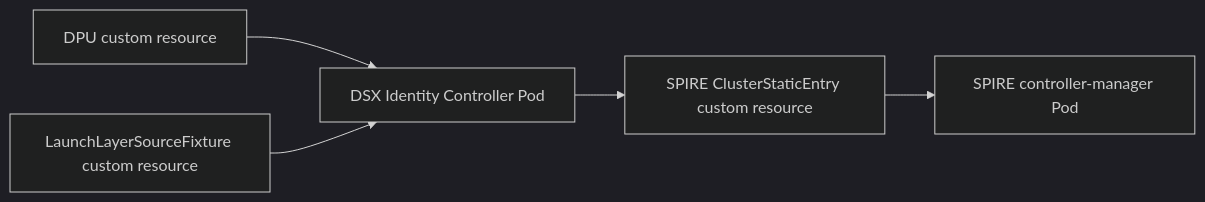
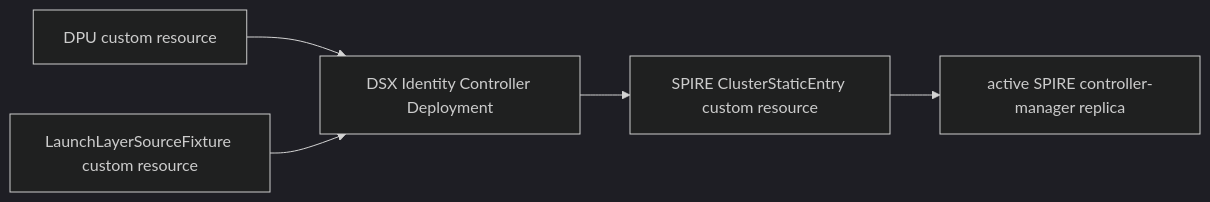
Before and after one commit to dsx-ai-factory/nvidia-workload-identity: the diagram in cmd/dsx-identity-controller/README.md, drawn with Mermaid (dark theme). The commit also changed other lines of this file and 93 other files, not shown here.

````diff
--- a/cmd/dsx-identity-controller/README.md
+++ b/cmd/dsx-identity-controller/README.md
@@ -9,7 +16,7 @@
 ```mermaid
 flowchart LR
-    DPU["DPU custom resource"] --> Controller["DSX Identity Controller Pod"]
+    DPU["DPU custom resource"] --> Controller["DSX Identity Controller Deployment"]
     Launch["LaunchLayerSourceFixture custom resource"] --> Controller
     Controller --> Entry["SPIRE ClusterStaticEntry custom resource"]
-    Entry --> Manager["SPIRE controller-manager Pod"]
+    Entry --> Manager["active SPIRE controller-manager replica"]
 ```
````
